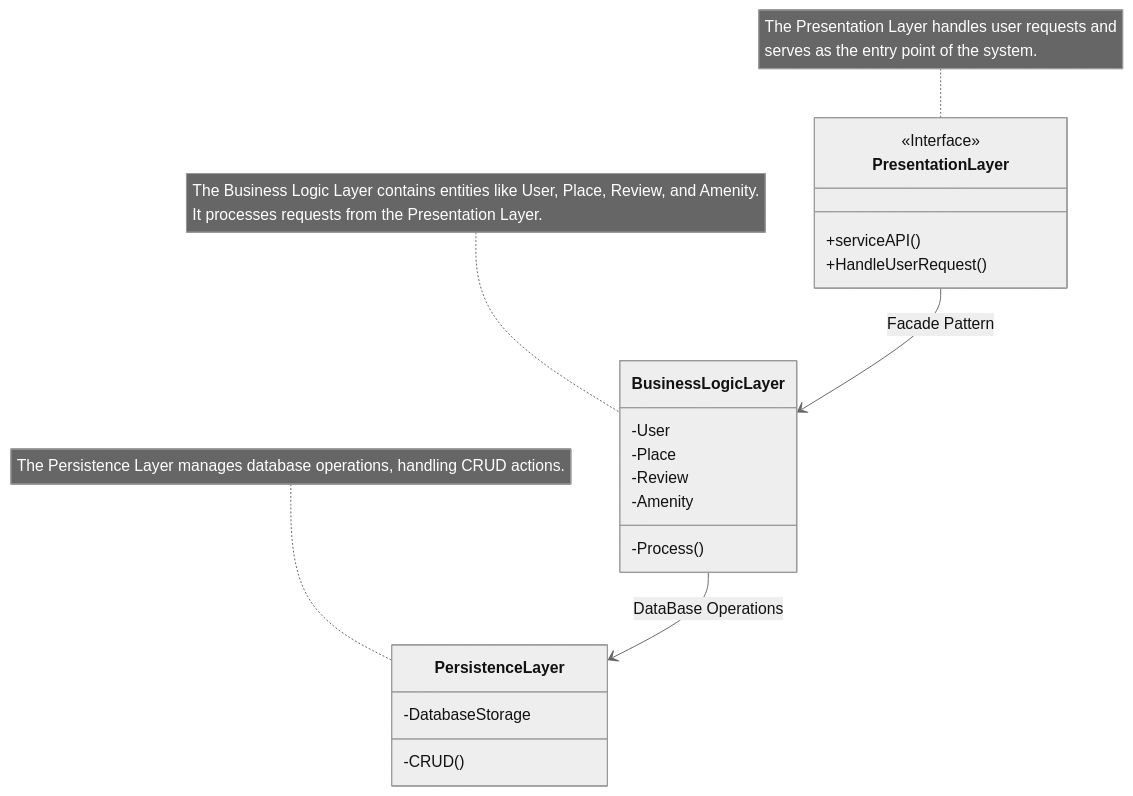
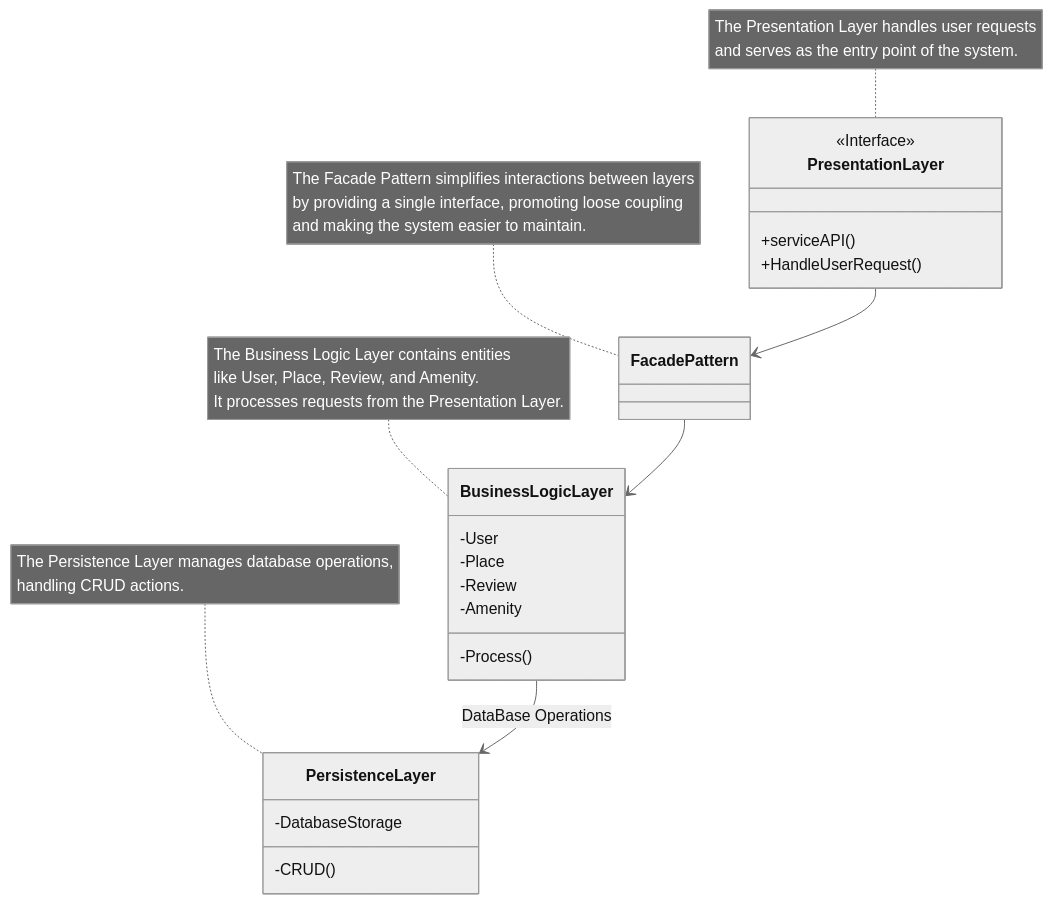
Before and after one commit to Basco64/HBNB_UML: the diagram in 0.High-Level_Package_Diagram.md, drawn with Mermaid (neutral theme).

````diff
--- a/0.High-Level_Package_Diagram.md
+++ b/0.High-Level_Package_Diagram.md
@@ -1,34 +1,46 @@
 ```mermaid
 classDiagram
 
-note for PresentationLayer "The Presentation Layer handles user requests and 
-serves as the entry point of the system."
+note for PresentationLayer "The Presentation Layer handles user requests
+and serves as the entry point of the system."
+
+
 
 class PresentationLayer {
     <<Interface>>
     
     +serviceAPI()
     +HandleUserRequest()
 }
-note for BusinessLogicLayer "The Business Logic Layer contains entities like User, Place, Review, and Amenity.
+
+note for FacadePattern "The Facade Pattern simplifies interactions between layers
+by providing a single interface, promoting loose coupling 
+and making the system easier to maintain."
+
+class FacadePattern
+
+note for BusinessLogicLayer "The Business Logic Layer contains entities
+like User, Place, Review, and Amenity.
 It processes requests from the Presentation Layer."
 
 class BusinessLogicLayer {
     -User
     -Place
     -Review
     -Amenity
     -Process()
 }
 
-note for PersistenceLayer "The Persistence Layer manages database operations, handling CRUD actions."
+note for PersistenceLayer "The Persistence Layer manages database operations,
+ handling CRUD actions."
 
 
 class PersistenceLayer {
     -DatabaseStorage
     -CRUD()
 }
 
-PresentationLayer --> BusinessLogicLayer : Facade Pattern
+PresentationLayer --> FacadePattern
+FacadePattern --> BusinessLogicLayer
 BusinessLogicLayer --> PersistenceLayer : DataBase Operations
 ```
````
